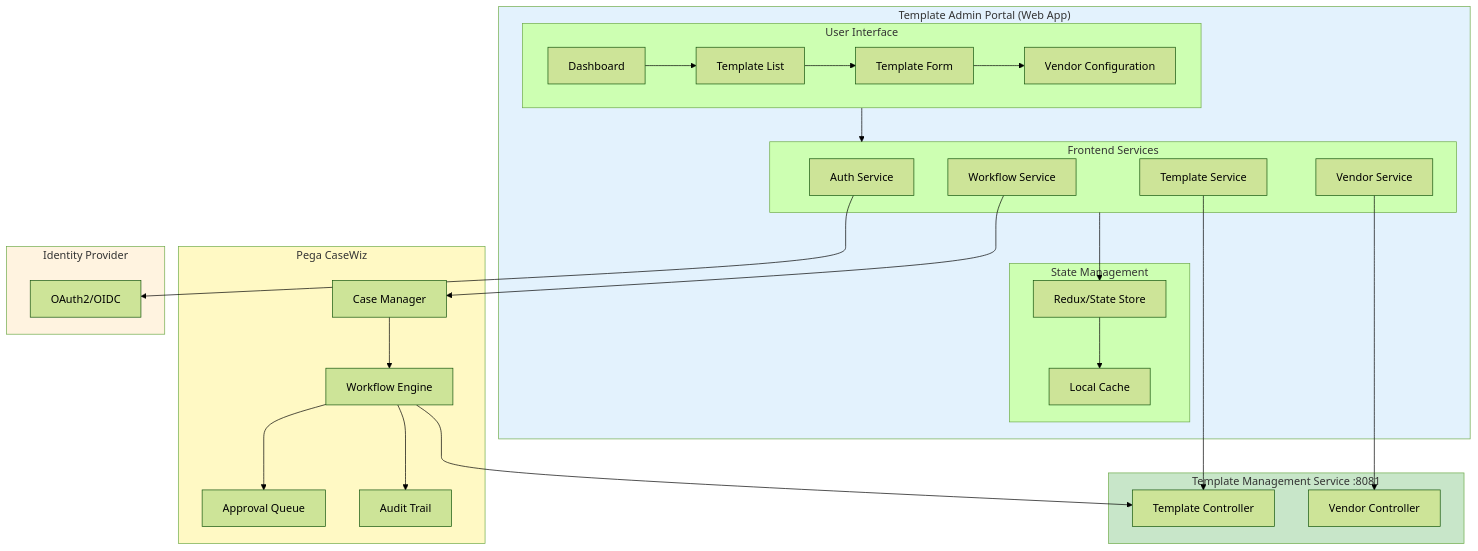
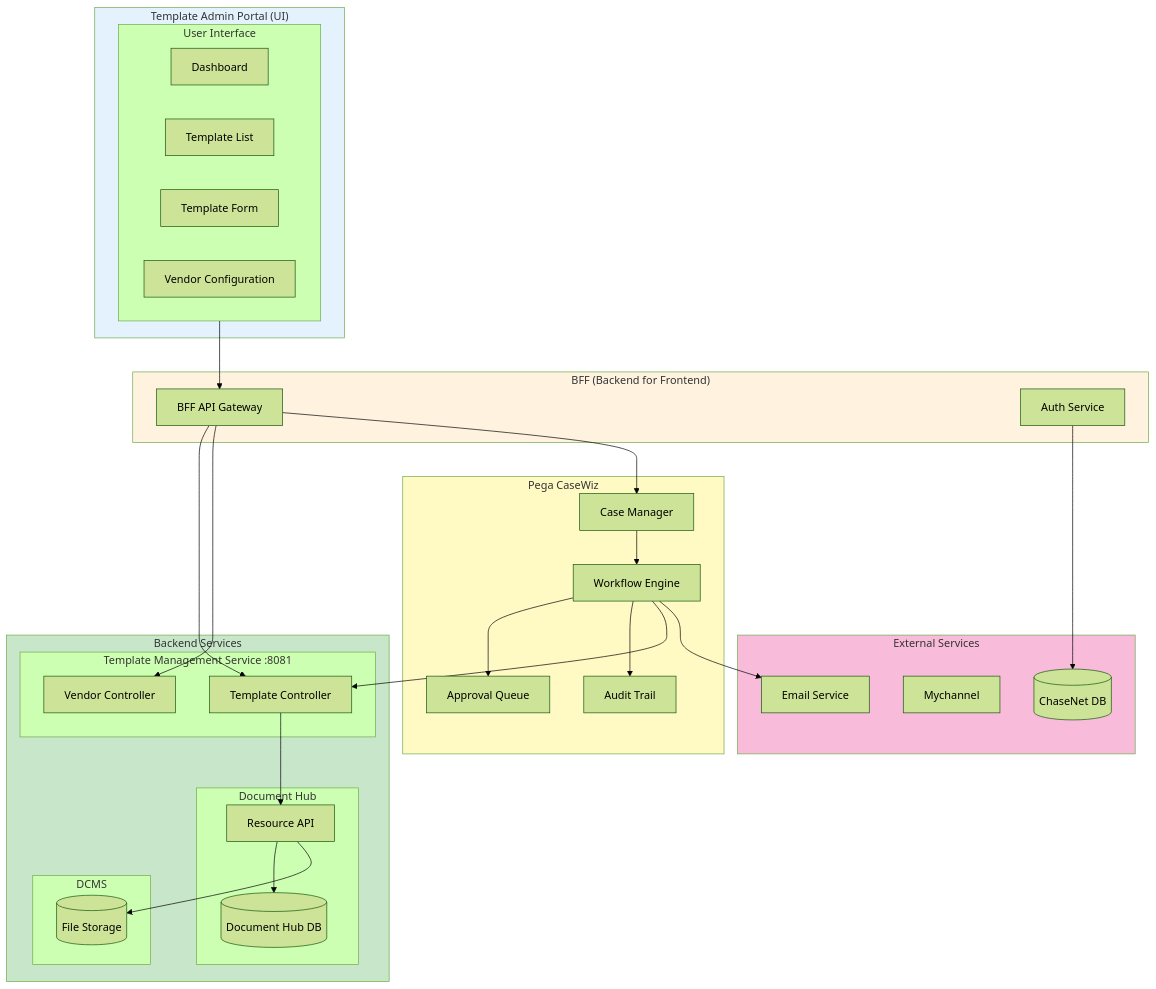
One commit to ghmd86/template-management-service changed the second of 12 diagrams in docs/architecture/admin-portal-integration.md. Above: the diagram before and after it, drawn with Mermaid (forest theme). The commit also changed other lines of this file, not shown here.

First line of the commit message:
Align architecture with Resource Approval diagram

````diff
--- a/docs/architecture/admin-portal-integration.md
+++ b/docs/architecture/admin-portal-integration.md
@@ -50,62 +66,67 @@
 ```mermaid
 flowchart TB
-    subgraph AdminPortal["Template Admin Portal (Web App)"]
+    subgraph AdminPortal["Template Admin Portal (UI)"]
         subgraph UI["User Interface"]
             Dashboard[Dashboard]
             TemplateList[Template List]
             TemplateForm[Template Form]
             VendorConfig[Vendor Configuration]
         end
+    end
 
-        subgraph Services["Frontend Services"]
-            AuthService[Auth Service]
-            TemplateService[Template Service]
-            VendorService[Vendor Service]
-            WorkflowService[Workflow Service]
-        end
-
-        subgraph State["State Management"]
-            Store[Redux/State Store]
-            Cache[Local Cache]
-        end
+    subgraph BFFLayer["BFF (Backend for Frontend)"]
+        BFF[BFF API Gateway]
+        AuthService[Auth Service]
     end
 
     subgraph PegaCaseWiz["Pega CaseWiz"]
         CaseManager[Case Manager]
         ApprovalQueue[Approval Queue]
         WorkflowEngine[Workflow Engine]
         AuditLog[Audit Trail]
     end
 
-    subgraph API["Template Management Service :8081"]
-        TC[Template Controller]
-        TVC[Vendor Controller]
+    subgraph Backend["Backend Services"]
+        subgraph TMS["Template Management Service :8081"]
+            TC[Template Controller]
+            TVC[Vendor Controller]
+        end
+
+        subgraph DocHub["Document Hub"]
+            ResourceAPI[Resource API]
+            DocHubDB[(Document Hub DB)]
+        end
+
+        subgraph DCMS["DCMS"]
+            FileStorage[(File Storage)]
+        end
     end
 
-    subgraph Auth["Identity Provider"]
-        IDP[OAuth2/OIDC]
+    subgraph External["External Services"]
+        EmailSvc[Email Service]
+        Mychannel[Mychannel]
+        ChaseNetDB[(ChaseNet DB)]
     end
 
-    Dashboard --> TemplateList
-    TemplateList --> TemplateForm
-    TemplateForm --> VendorConfig
-
-    TemplateService --> TC
-    VendorService --> TVC
-    WorkflowService --> CaseManager
-    AuthService --> IDP
-
-    UI --> Services
-    Services --> Store
-    Store --> Cache
+    UI --> BFF
+    BFF --> TC
+    BFF --> TVC
+    BFF --> CaseManager
+    AuthService --> ChaseNetDB
 
     CaseManager --> WorkflowEngine
     WorkflowEngine --> ApprovalQueue
     WorkflowEngine --> AuditLog
     WorkflowEngine --> TC
+    WorkflowEngine --> EmailSvc
+
+    TC --> ResourceAPI
+    ResourceAPI --> DocHubDB
+    ResourceAPI --> FileStorage
 
     style AdminPortal fill:#e3f2fd
+    style BFFLayer fill:#fff3e0
     style PegaCaseWiz fill:#fff9c4
-    style API fill:#c8e6c9
-    style Auth fill:#fff3e0
+    style Backend fill:#c8e6c9
+    style External fill:#f8bbd9
 ```
````
